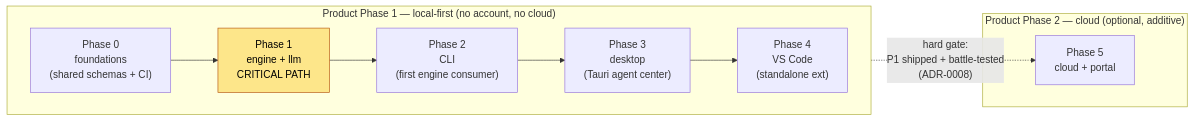
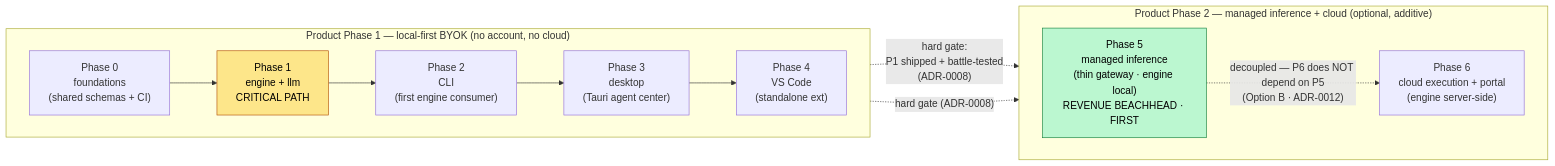
Before and after one commit to HodeTech/Relavium: the first of 2 diagrams in docs/roadmap/README.md, drawn with Mermaid. The commit also changed other lines of this file and 44 other files, not shown here.

First line of the commit message:
docs: dual-mode managed inference + customer-segment & key-management model

````diff
--- a/docs/roadmap/README.md
+++ b/docs/roadmap/README.md
@@ -63,19 +84,25 @@
 ```mermaid
 flowchart LR
-    subgraph P1["Product Phase 1 — local-first (no account, no cloud)"]
+    subgraph P1["Product Phase 1 — local-first BYOK (no account, no cloud)"]
         direction LR
         P0["Phase 0<br/>foundations<br/>(shared schemas + CI)"]
         P1E["Phase 1<br/>engine + llm<br/>CRITICAL PATH"]
         P2["Phase 2<br/>CLI<br/>(first engine consumer)"]
         P3["Phase 3<br/>desktop<br/>(Tauri agent center)"]
         P4["Phase 4<br/>VS Code<br/>(standalone ext)"]
         P0 --> P1E --> P2 --> P3 --> P4
     end
-    subgraph P2C["Product Phase 2 — cloud (optional, additive)"]
-        P5["Phase 5<br/>cloud + portal"]
+    subgraph P2C["Product Phase 2 — managed inference + cloud (optional, additive)"]
+        direction LR
+        P5["Phase 5<br/>managed inference<br/>(thin gateway · engine local)<br/>REVENUE BEACHHEAD · FIRST"]
+        P6["Phase 6<br/>cloud execution + portal<br/>(engine server-side)"]
     end
     P4 -. "hard gate:<br/>P1 shipped + battle-tested<br/>(ADR-0008)" .-> P5
+    P4 -. "hard gate (ADR-0008)" .-> P6
+    P5 -. "decoupled — P6 does NOT depend on P5<br/>(Option B · ADR-0012)" .-> P6
 
     classDef crit fill:#fde68a,stroke:#b45309,color:#000;
+    classDef rev fill:#bbf7d0,stroke:#15803d,color:#000;
     class P1E crit;
+    class P5 rev;
 ```
````
